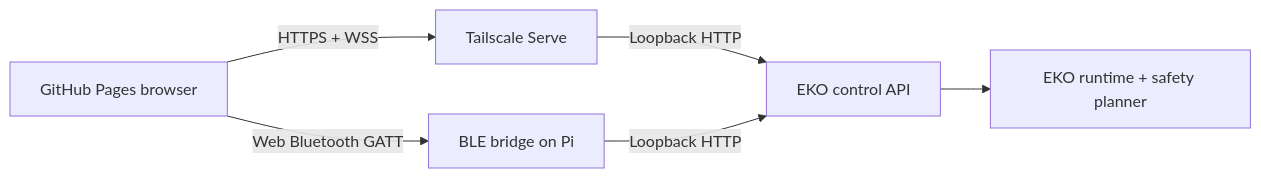
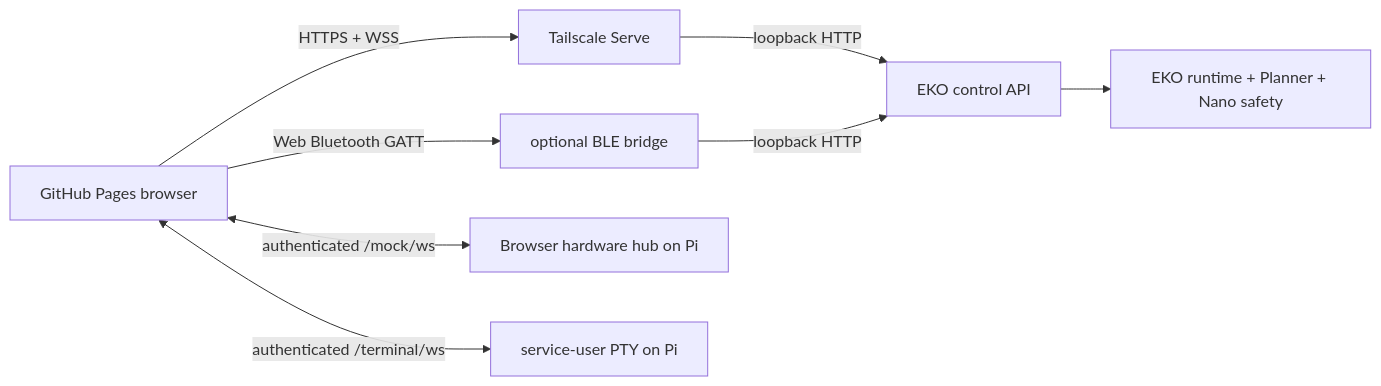
The first of 2 diagrams in docs/ARCHITECTURE.md (Harsheys-I/EKO-Remote), drawn with Mermaid before and after one commit. The commit also changed other lines of this file and 19 other files, not shown here.

````diff
--- a/docs/ARCHITECTURE.md
+++ b/docs/ARCHITECTURE.md
@@ -5,8 +9,10 @@
 ```mermaid
 flowchart LR
-    Browser["GitHub Pages browser"] -->|"HTTPS + WSS"| TLS["Tailscale Serve"]
-    TLS -->|"Loopback HTTP"| API["EKO control API"]
-    Browser -->|"Web Bluetooth GATT"| Bridge["BLE bridge on Pi"]
-    Bridge -->|"Loopback HTTP"| API
-    API --> Runtime["EKO runtime + safety planner"]
+    Browser["GitHub Pages browser"] -->|"HTTPS + WSS"| Serve["Tailscale Serve"]
+    Serve -->|"loopback HTTP"| API["EKO control API"]
+    Browser -->|"Web Bluetooth GATT"| Bridge["optional BLE bridge"]
+    Bridge -->|"loopback HTTP"| API
+    Browser <-->|"authenticated /mock/ws"| Mock["Browser hardware hub on Pi"]
+    Browser <-->|"authenticated /terminal/ws"| PTY["service-user PTY on Pi"]
+    API --> Runtime["EKO runtime + Planner + Nano safety"]
 ```
````
